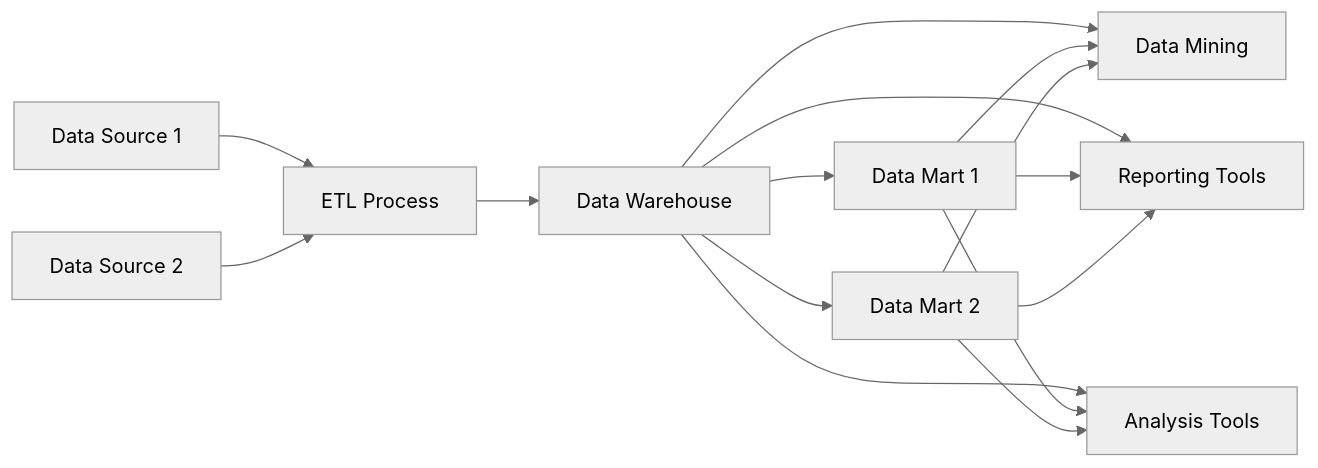
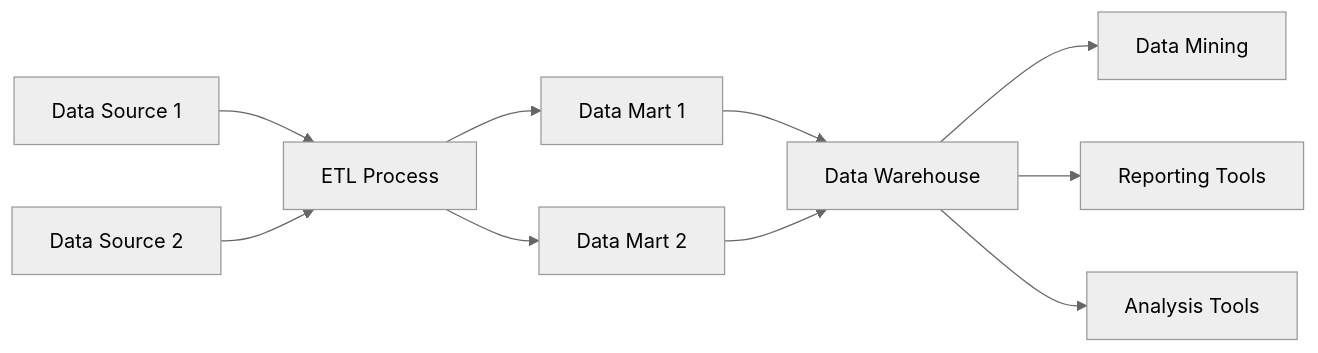
The fifth of 5 diagrams in data_warehouse.md (Aleksandersenmartin/my_educ_dataengineer), drawn with Mermaid (neutral theme) before and after one commit.

````diff
--- a/data_warehouse.md
+++ b/data_warehouse.md
@@ -290,37 +290,37 @@
 ```mermaid
 graph LR
     %% Data Sources
     DS1[Data Source 1]
     DS2[Data Source 2]
 
     %% ETL Process
     ETL[ETL Process]
 
-    %% Data Warehouse
-    DW[Data Warehouse]
-
-    %% Data Marts
+    %% Data Marts and Data Warehouse
     DM1[Data Mart 1]
     DM2[Data Mart 2]
+    DW[Data Warehouse]
 
     %% Tools
     DataMining[Data Mining]
     ReportingTools[Reporting Tools]
     AnalysisTools[Analysis Tools]
 
     %% Connections
+    %% Data Sources to ETL
     DS1 --> ETL
     DS2 --> ETL
-    ETL --> DW
-    DW --> DM1
-    DW --> DM2
+
+    %% ETL to Data Marts
+    ETL --> DM1
+    ETL --> DM2
+
+    %% Data Marts to Data Warehouse
+    DM1 --> DW
+    DM2 --> DW
+
+    %% Data Warehouse to Tools
     DW --> DataMining
     DW --> ReportingTools
     DW --> AnalysisTools
-    DM1 --> DataMining
-    DM1 --> ReportingTools
-    DM1 --> AnalysisTools
-    DM2 --> DataMining
-    DM2 --> ReportingTools
-    DM2 --> AnalysisTools
 ```
````
